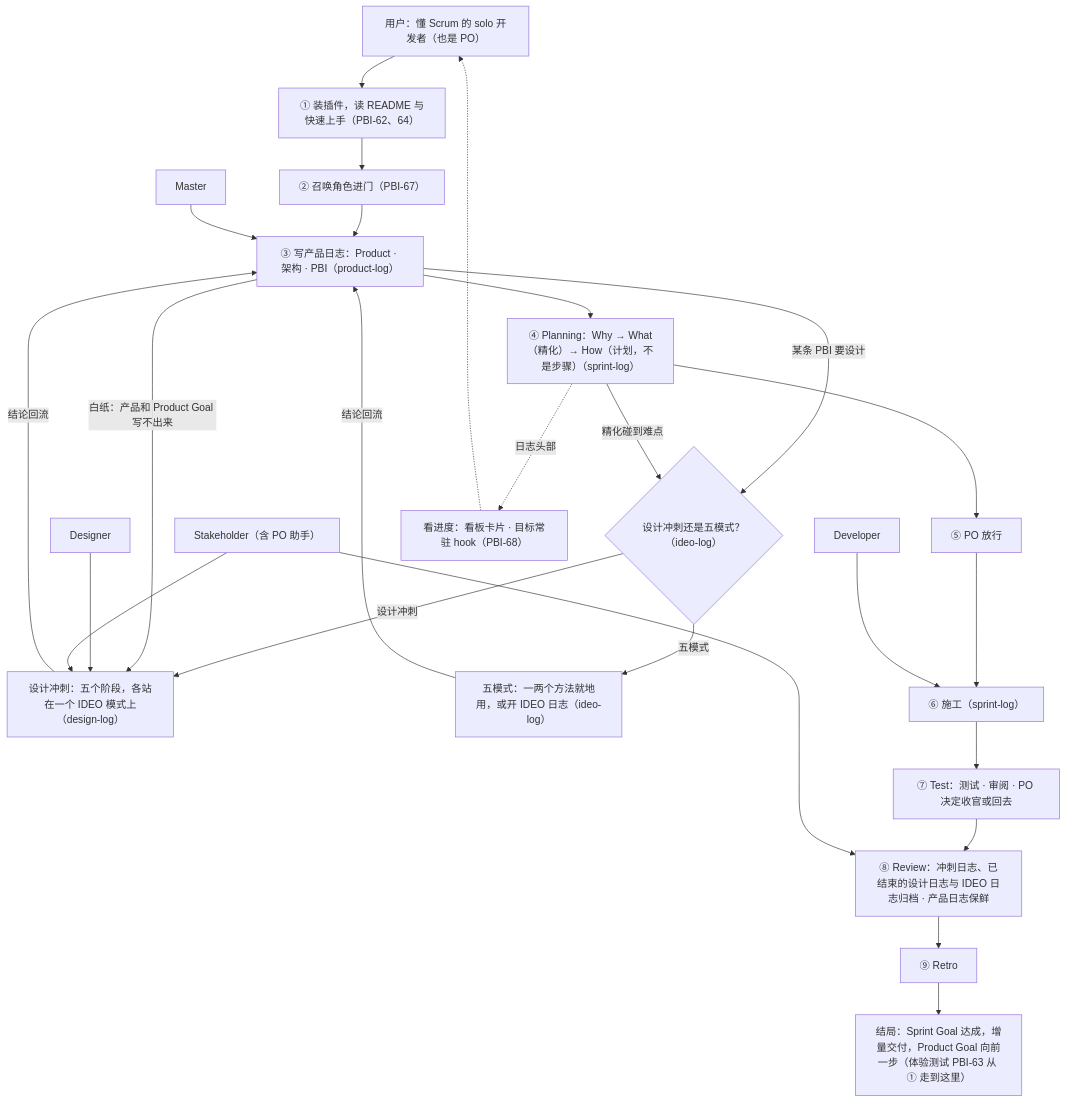
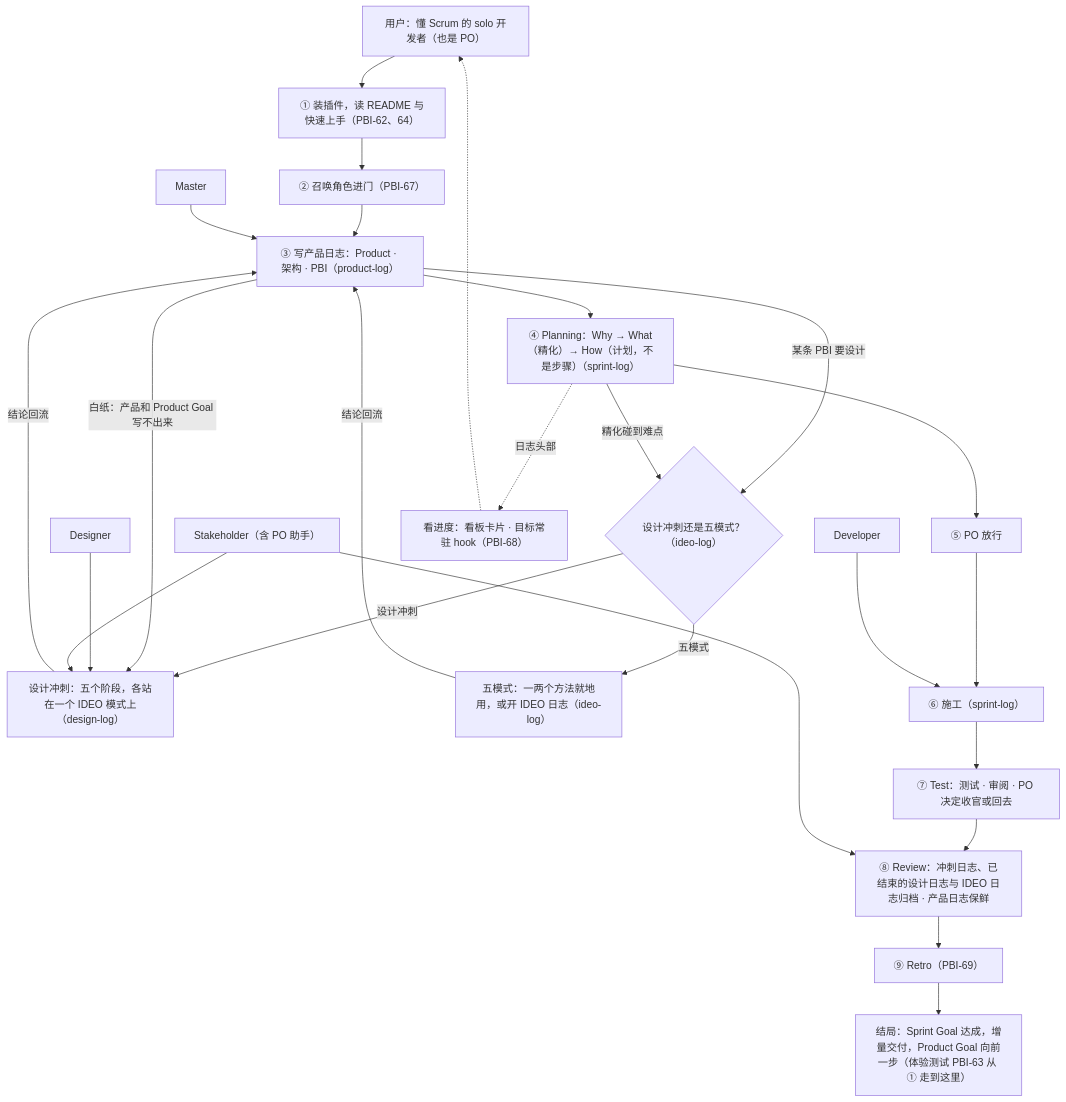
Before and after one commit to seapawn1/IDEO-Scrum: the diagram in scrum/ProductBacklog.md, drawn with Mermaid. The commit also changed other lines of this file and 1 other file, not shown here.

Commit message:
docs(product-log): Sprint 20 前整理（PO 2026-11-14）——一条线：68 看板改版、64 发布包装、62 教学、63 体验测试（最后做）；68 改标题与故事，记 PO 原话与三条反馈，原型用五模式、记在冲刺日志；64 定推送、6.0.3；67 不顺路先不做；登记 PBI-69 Retro 只存要点（以后，本仓库先试）；1.2 承诺删日期后缀；CLAUDE.md 推送状态照实写、Retro 试行

````diff
--- a/scrum/ProductBacklog.md
+++ b/scrum/ProductBacklog.md
@@ -71,32 +71,32 @@
 ```mermaid
 flowchart TD
     U["用户：懂 Scrum 的 solo 开发者（也是 PO）"]
     M["Master"]
     D["Developer"]
     G["Designer"]
     S["Stakeholder（含 PO 助手）"]
     U --> A["① 装插件，读 README 与快速上手（PBI-62、64）"]
     A --> A2["② 召唤角色进门（PBI-67）"]
     A2 --> B["③ 写产品日志：Product · 架构 · PBI（product-log）"]
     M --> B
     B --> C["④ Planning：Why → What（精化）→ How（计划，不是步骤）（sprint-log）"]
     B -- "某条 PBI 要设计" --> X0{"设计冲刺还是五模式？（ideo-log）"}
     X0 -- "设计冲刺" --> X["设计冲刺：五个阶段，各站在一个 IDEO 模式上（design-log）"]
     X0 -- "五模式" --> I["五模式：一两个方法就地用，或开 IDEO 日志（ideo-log）"]
     B -- "白纸：产品和 Product Goal 写不出来" --> X
     C -- "精化碰到难点" --> X0
     G --> X
     S --> X
     X -- "结论回流" --> B
     I -- "结论回流" --> B
     C --> P["⑤ PO 放行"]
     P --> W["⑥ 施工（sprint-log）"]
     D --> W
     W --> R["⑦ Test：测试 · 审阅 · PO 决定收官或回去"]
     R --> V["⑧ Review：冲刺日志、已结束的设计日志与 IDEO 日志归档 · 产品日志保鲜"]
     S --> V
-    V --> T["⑨ Retro"]
+    V --> T["⑨ Retro（PBI-69）"]
     T --> E["结局：Sprint Goal 达成，增量交付，Product Goal 向前一步（体验测试 PBI-63 从 ① 走到这里）"]
     C -. "日志头部" .-> K["看进度：看板卡片 · 目标常驻 hook（PBI-68）"]
     K -.-> U
 ```
````
